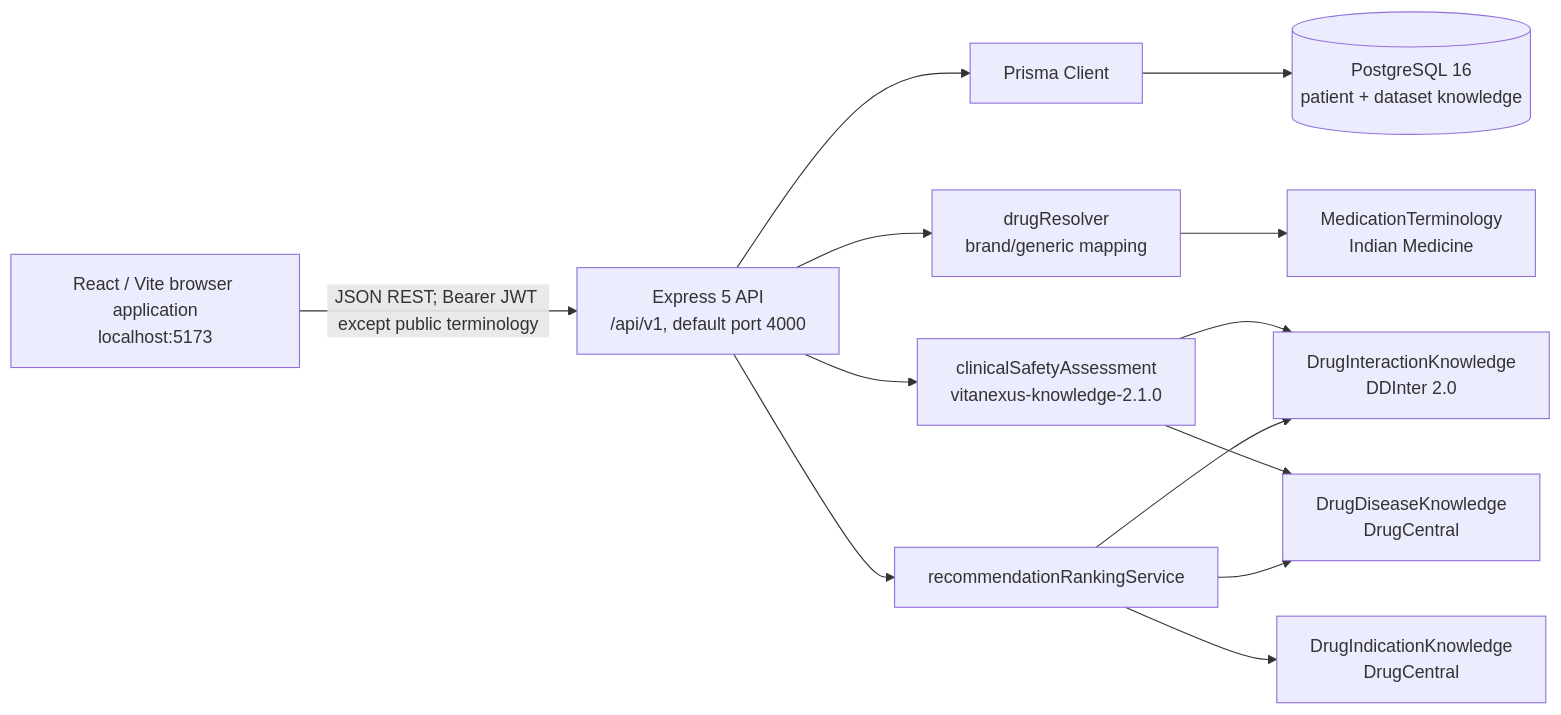
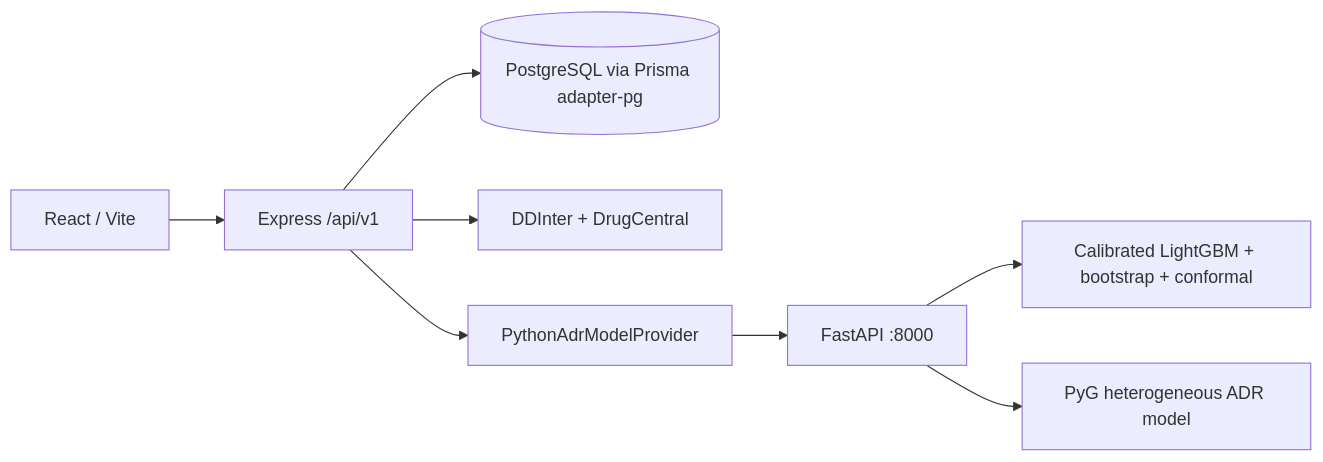
One commit to Sravanramaraju/VitaNexus-RX changed the diagram in docs/CURRENT_SYSTEM_ARCHITECTURE.md. Above: the diagram before and after it, drawn with Mermaid. The commit also changed other lines of this file and 81 other files, not shown here.

````diff
--- a/docs/CURRENT_SYSTEM_ARCHITECTURE.md
+++ b/docs/CURRENT_SYSTEM_ARCHITECTURE.md
@@ -26,15 +12,10 @@
 ```mermaid
 flowchart LR
-  UI["React / Vite browser application\nlocalhost:5173"] -->|"JSON REST; Bearer JWT except public terminology"| API["Express 5 API\n/api/v1, default port 4000"]
-  API --> Prisma["Prisma Client"]
-  Prisma --> DB[("PostgreSQL 16\npatient + dataset knowledge")]
-  API --> Resolver["drugResolver\nbrand/generic mapping"]
-  Resolver --> MT["MedicationTerminology\nIndian Medicine"]
-  API --> Safety["clinicalSafetyAssessment\nvitanexus-knowledge-2.1.0"]
-  Safety --> DDI["DrugInteractionKnowledge\nDDInter 2.0"]
-  Safety --> Disease["DrugDiseaseKnowledge\nDrugCentral"]
-  API --> Candidate["recommendationRankingService"]
-  Candidate --> Indications["DrugIndicationKnowledge\nDrugCentral"]
-  Candidate --> DDI
-  Candidate --> Disease
+  UI["React / Vite"] --> API["Express /api/v1"]
+  API --> DB[("PostgreSQL via Prisma adapter-pg")]
+  API --> KNOWN["DDInter + DrugCentral"]
+  API --> ML["PythonAdrModelProvider"]
+  ML --> FASTAPI["FastAPI :8000"]
+  FASTAPI --> LGBM["Calibrated LightGBM + bootstrap + conformal"]
+  FASTAPI --> HGNN["PyG heterogeneous ADR model"]
 ```
````
